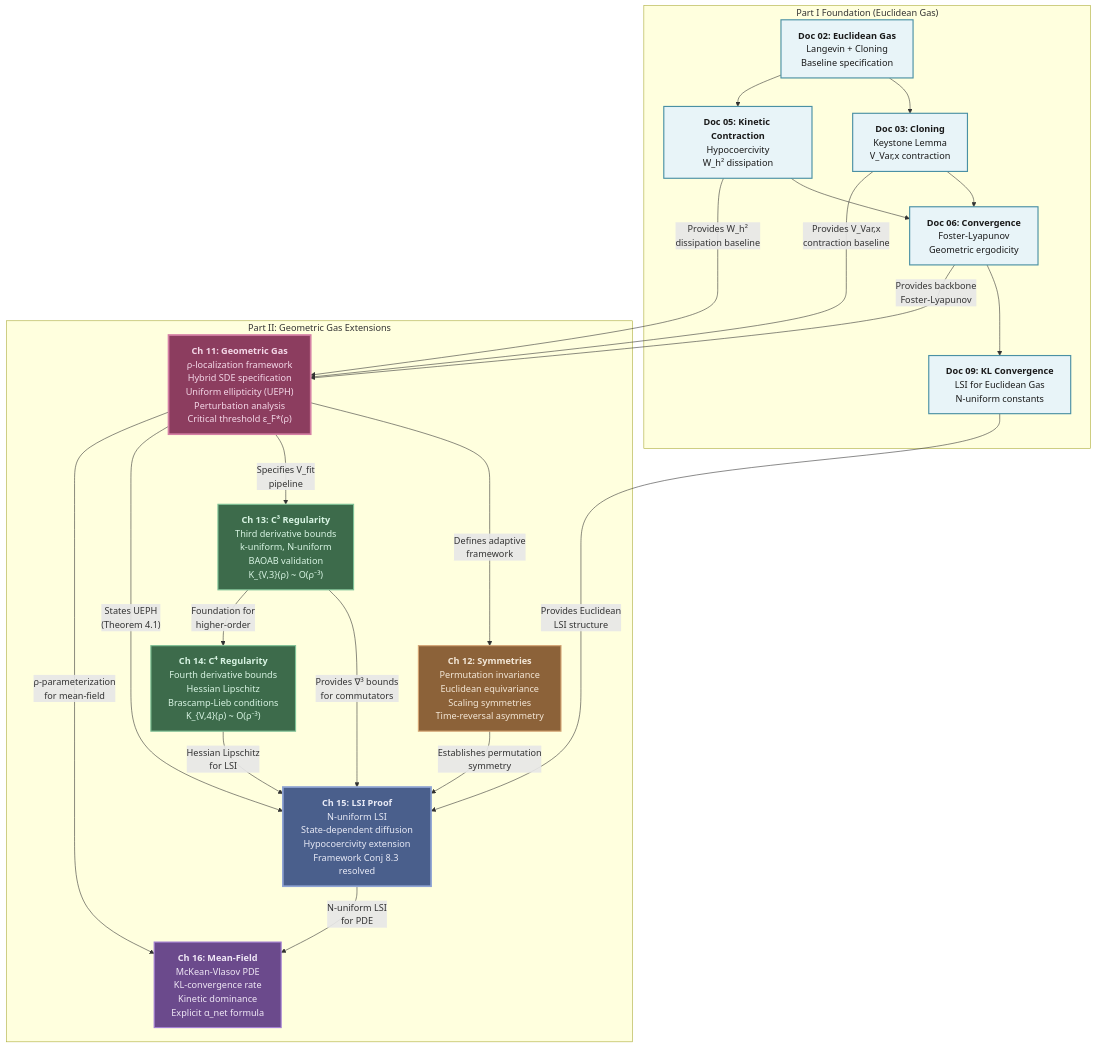
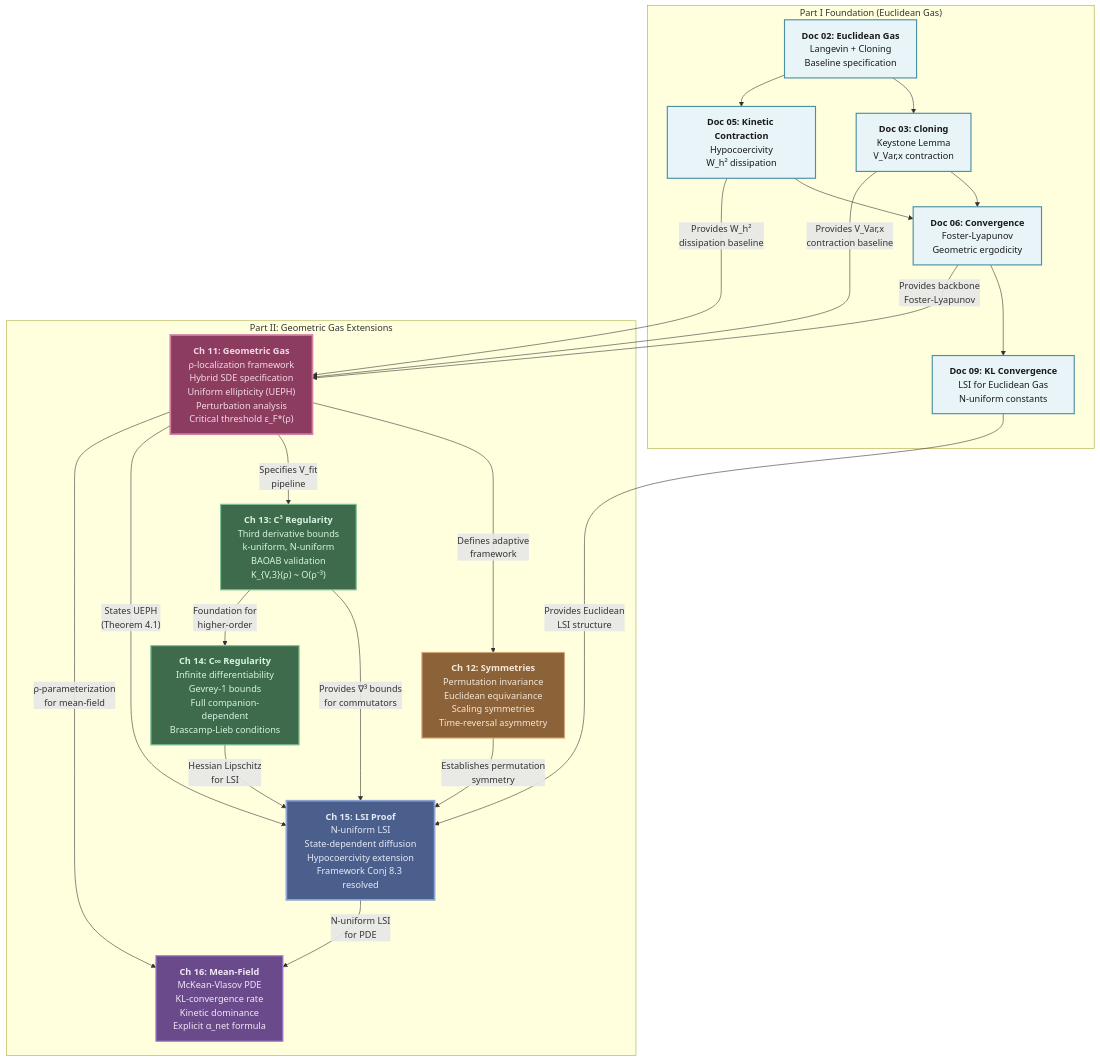
Before and after one commit to FragileTech/fragile: the diagram in docs/source/2_geometric_gas/00_intro_geometric_gas.md, drawn with Mermaid. The commit also changed other lines of this file and 24 other files, not shown here.

````diff
--- a/docs/source/2_geometric_gas/00_intro_geometric_gas.md
+++ b/docs/source/2_geometric_gas/00_intro_geometric_gas.md
@@ -75,58 +75,58 @@
 ```{mermaid}
 graph TB
     subgraph "Part I Foundation (Euclidean Gas)"
         P1_02["<b>Doc 02: Euclidean Gas</b><br>Langevin + Cloning<br>Baseline specification"]:::p1Style
         P1_03["<b>Doc 03: Cloning</b><br>Keystone Lemma<br>V_Var,x contraction"]:::p1Style
         P1_05["<b>Doc 05: Kinetic Contraction</b><br>Hypocoercivity<br>W_h² dissipation"]:::p1Style
         P1_06["<b>Doc 06: Convergence</b><br>Foster-Lyapunov<br>Geometric ergodicity"]:::p1Style
         P1_09["<b>Doc 09: KL Convergence</b><br>LSI for Euclidean Gas<br>N-uniform constants"]:::p1Style
 
         P1_02 --> P1_03
         P1_02 --> P1_05
         P1_03 --> P1_06
         P1_05 --> P1_06
         P1_06 --> P1_09
     end
 
     subgraph "Part II: Geometric Gas Extensions"
         C11["<b>Ch 11: Geometric Gas</b><br>ρ-localization framework<br>Hybrid SDE specification<br>Uniform ellipticity (UEPH)<br>Perturbation analysis<br>Critical threshold ε_F*(ρ)"]:::coreStyle
 
         C12["<b>Ch 12: Symmetries</b><br>Permutation invariance<br>Euclidean equivariance<br>Scaling symmetries<br>Time-reversal asymmetry"]:::symmetryStyle
 
         C13["<b>Ch 13: C³ Regularity</b><br>Third derivative bounds<br>k-uniform, N-uniform<br>BAOAB validation<br>K_{V,3}(ρ) ~ O(ρ⁻³)"]:::regularityStyle
 
-        C14["<b>Ch 14: C⁴ Regularity</b><br>Fourth derivative bounds<br>Hessian Lipschitz<br>Brascamp-Lieb conditions<br>K_{V,4}(ρ) ~ O(ρ⁻³)"]:::regularityStyle
+        C14["<b>Ch 14: C∞ Regularity</b><br>Infinite differentiability<br>Gevrey-1 bounds<br>Full companion-dependent<br>Brascamp-Lieb conditions"]:::regularityStyle
 
         C15["<b>Ch 15: LSI Proof</b><br>N-uniform LSI<br>State-dependent diffusion<br>Hypocoercivity extension<br>Framework Conj 8.3 resolved"]:::lsiStyle
 
         C16["<b>Ch 16: Mean-Field</b><br>McKean-Vlasov PDE<br>KL-convergence rate<br>Kinetic dominance<br>Explicit α_net formula"]:::meanfieldStyle
     end
 
     %% Part I provides backbone
     P1_03 --"Provides V_Var,x<br>contraction baseline"--> C11
     P1_05 --"Provides W_h²<br>dissipation baseline"--> C11
     P1_06 --"Provides backbone<br>Foster-Lyapunov"--> C11
     P1_09 --"Provides Euclidean<br>LSI structure"--> C15
 
     %% Part II internal dependencies
     C11 --"Defines adaptive<br>framework"--> C12
     C11 --"Specifies V_fit<br>pipeline"--> C13
     C11 --"States UEPH<br>(Theorem 4.1)"--> C15
 
     C12 --"Establishes permutation<br>symmetry"--> C15
 
     C13 --"Provides ∇³ bounds<br>for commutators"--> C15
     C13 --"Foundation for<br>higher-order"--> C14
 
     C14 --"Hessian Lipschitz<br>for LSI"--> C15
 
     C15 --"N-uniform LSI<br>for PDE"--> C16
     C11 --"ρ-parameterization<br>for mean-field"--> C16
 
     classDef p1Style fill:#e8f4f8,stroke:#4a90a4,stroke-width:2px,color:#1a1a1a
     classDef coreStyle fill:#8c3d5f,stroke:#d47fa4,stroke-width:3px,color:#f4d8e8
     classDef symmetryStyle fill:#8c6239,stroke:#d4a574,stroke-width:2px,color:#f4e8d8
     classDef regularityStyle fill:#3d6b4b,stroke:#7fc296,stroke-width:2px,color:#d8f4e3
     classDef lsiStyle fill:#4a5f8c,stroke:#8fa4d4,stroke-width:3px,color:#e8eaf6
     classDef meanfieldStyle fill:#6b4a8c,stroke:#a47fd4,stroke-width:2px,color:#f0e8f6
 ```
````
